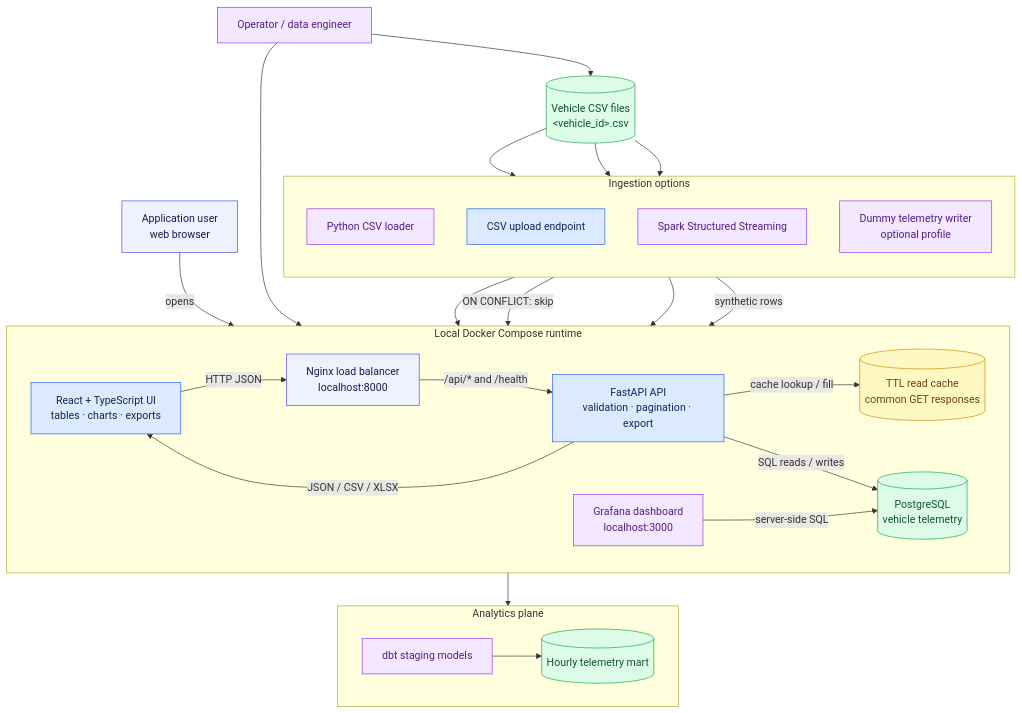
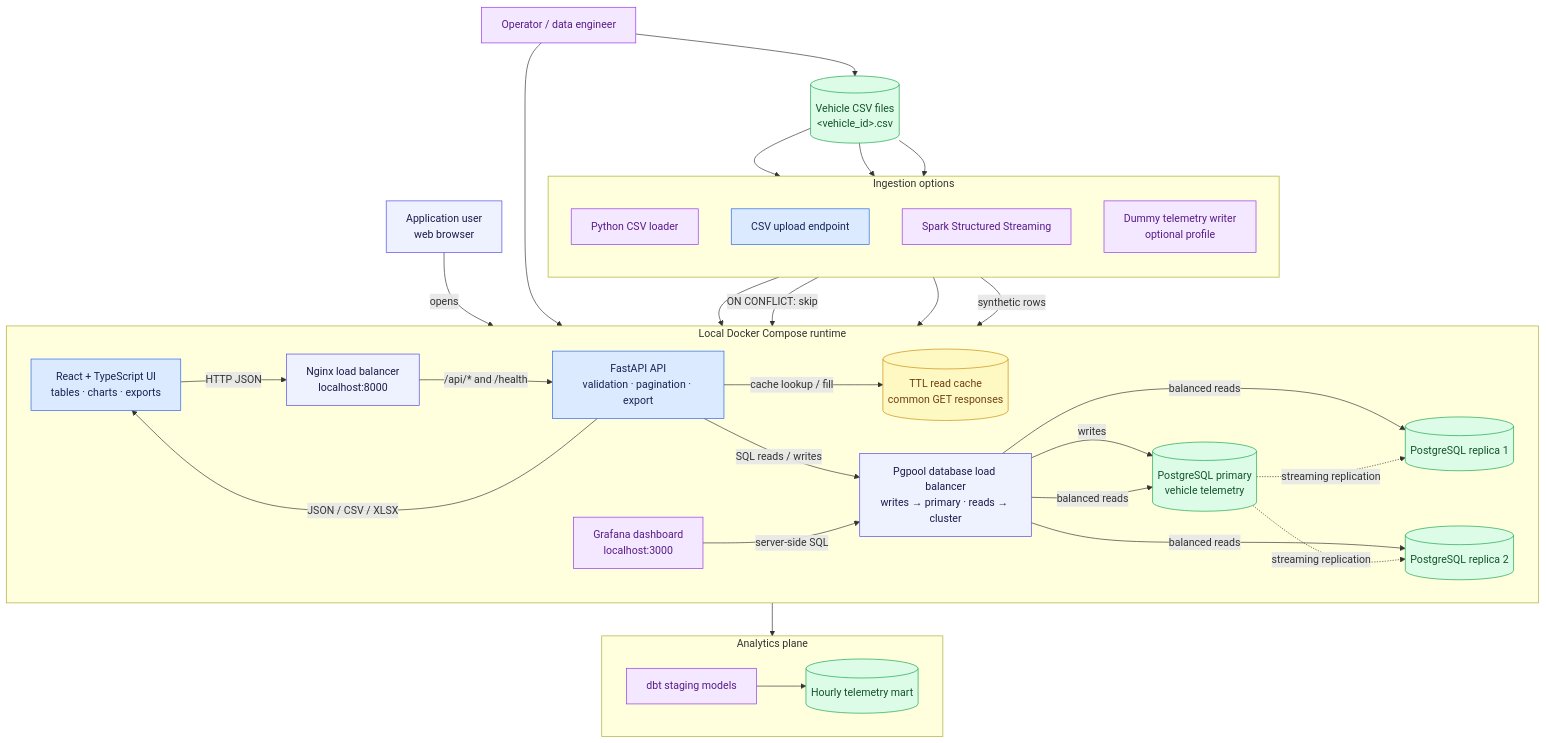
The diagram in README.md (MDSYN2019/volteras_test), drawn with Mermaid before and after one commit. The commit also changed other lines of this file and 4 other files, not shown here.

Commit message:
Add replicated PostgreSQL cluster with Pgpool

````diff
--- a/README.md
+++ b/README.md
@@ -30,53 +31,62 @@
 ```mermaid
 flowchart TB
     classDef edge fill:#eef2ff,stroke:#4f46e5,color:#1e1b4b;
     classDef app fill:#dbeafe,stroke:#2563eb,color:#172554;
     classDef cache fill:#fef9c3,stroke:#ca8a04,color:#713f12;
     classDef data fill:#dcfce7,stroke:#16a34a,color:#14532d;
     classDef ops fill:#f3e8ff,stroke:#9333ea,color:#581c87;
 
     User[Application user<br/>web browser]:::edge
     Operator[Operator / data engineer]:::ops
     CSV[(Vehicle CSV files<br/>&lt;vehicle_id&gt;.csv)]:::data
 
     subgraph Runtime[Local Docker Compose runtime]
         direction LR
         UI[React + TypeScript UI<br/>tables · charts · exports]:::app
         LB[Nginx load balancer<br/>localhost:8000]:::edge
         API[FastAPI API<br/>validation · pagination · export]:::app
         Cache[(TTL read cache<br/>common GET responses)]:::cache
-        DB[(PostgreSQL<br/>vehicle telemetry)]:::data
+        Pgpool[Pgpool database load balancer<br/>writes → primary · reads → cluster]:::edge
+        DBPrimary[(PostgreSQL primary<br/>vehicle telemetry)]:::data
+        DBReplica1[(PostgreSQL replica 1)]:::data
+        DBReplica2[(PostgreSQL replica 2)]:::data
         Grafana[Grafana dashboard<br/>localhost:3000]:::ops
     end
 
     subgraph Ingestion[Ingestion options]
         direction TB
         Loader[Python CSV loader]:::ops
         Upload[CSV upload endpoint]:::app
         Spark[Spark Structured Streaming]:::ops
         Dummy[Dummy telemetry writer<br/>optional profile]:::ops
     end
 
     subgraph Analytics[Analytics plane]
         direction LR
         dbt[dbt staging models]:::ops
         Mart[(Hourly telemetry mart)]:::data
     end
 
     User -->|opens| UI
     UI -->|HTTP JSON| LB
     LB -->|/api/* and /health| API
     API -->|cache lookup / fill| Cache
-    API -->|SQL reads / writes| DB
+    API -->|SQL reads / writes| Pgpool
+    Pgpool -->|writes| DBPrimary
+    Pgpool -->|balanced reads| DBPrimary
+    Pgpool -->|balanced reads| DBReplica1
+    Pgpool -->|balanced reads| DBReplica2
+    DBPrimary -.->|streaming replication| DBReplica1
+    DBPrimary -.->|streaming replication| DBReplica2
     API -->|JSON / CSV / XLSX| UI
-    Grafana -->|server-side SQL| DB
+    Grafana -->|server-side SQL| Pgpool
 
     Operator --> CSV
-    CSV --> Loader --> DB
-    CSV --> Spark -->|ON CONFLICT: skip| DB
+    CSV --> Loader --> Pgpool
+    CSV --> Spark -->|ON CONFLICT: skip| Pgpool
     CSV --> Upload --> API
-    Dummy -->|synthetic rows| DB
+    Dummy -->|synthetic rows| Pgpool
 
-    DB --> dbt --> Mart
+    Pgpool --> dbt --> Mart
     Operator --> Grafana
 ```
````
